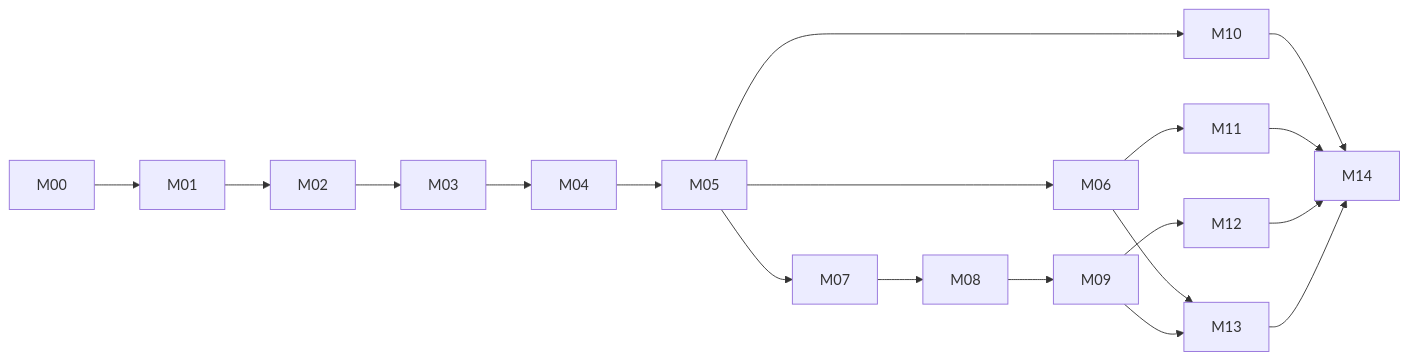
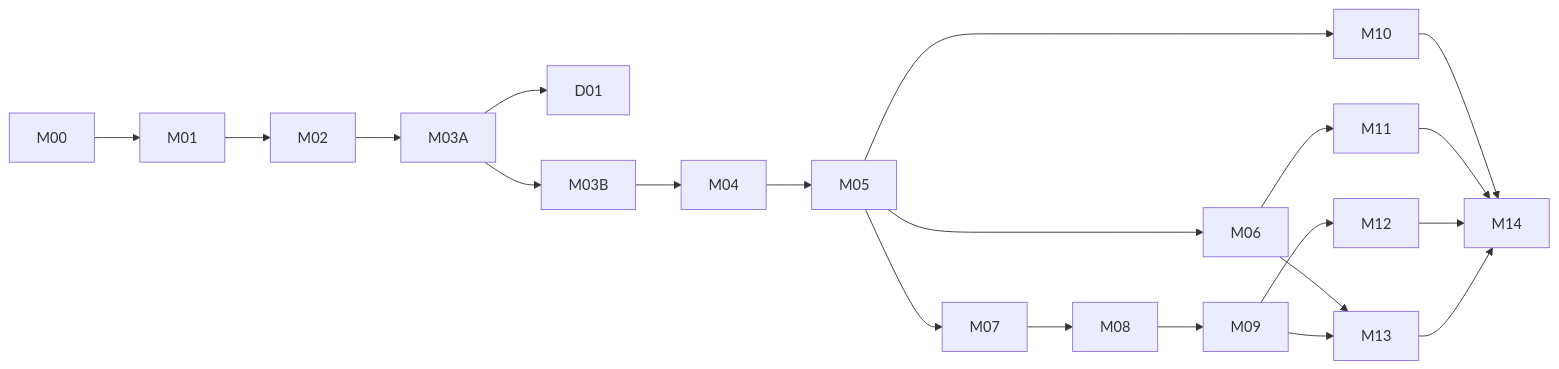
The diagram in docs/IMPLEMENTATION_ROADMAP.md (DanielHC16/do-well), drawn with Mermaid before and after one commit. The commit also changed other lines of this file and 5 other files, not shown here.

Commit message:
docs(roadmap): prioritize offline demo preview

````diff
--- a/docs/IMPLEMENTATION_ROADMAP.md
+++ b/docs/IMPLEMENTATION_ROADMAP.md
@@ -35,15 +35,16 @@
 ```mermaid
 flowchart LR
-    M00 --> M01 --> M02 --> M03 --> M04
+    M00 --> M01 --> M02 --> M03A --> D01
+    M03A --> M03B --> M04
     M04 --> M05 --> M06
     M05 --> M07 --> M08 --> M09
     M05 --> M10
     M06 --> M11
     M09 --> M12
     M06 --> M13
     M09 --> M13
     M10 --> M14
     M11 --> M14
     M12 --> M14
     M13 --> M14
 ```
````
